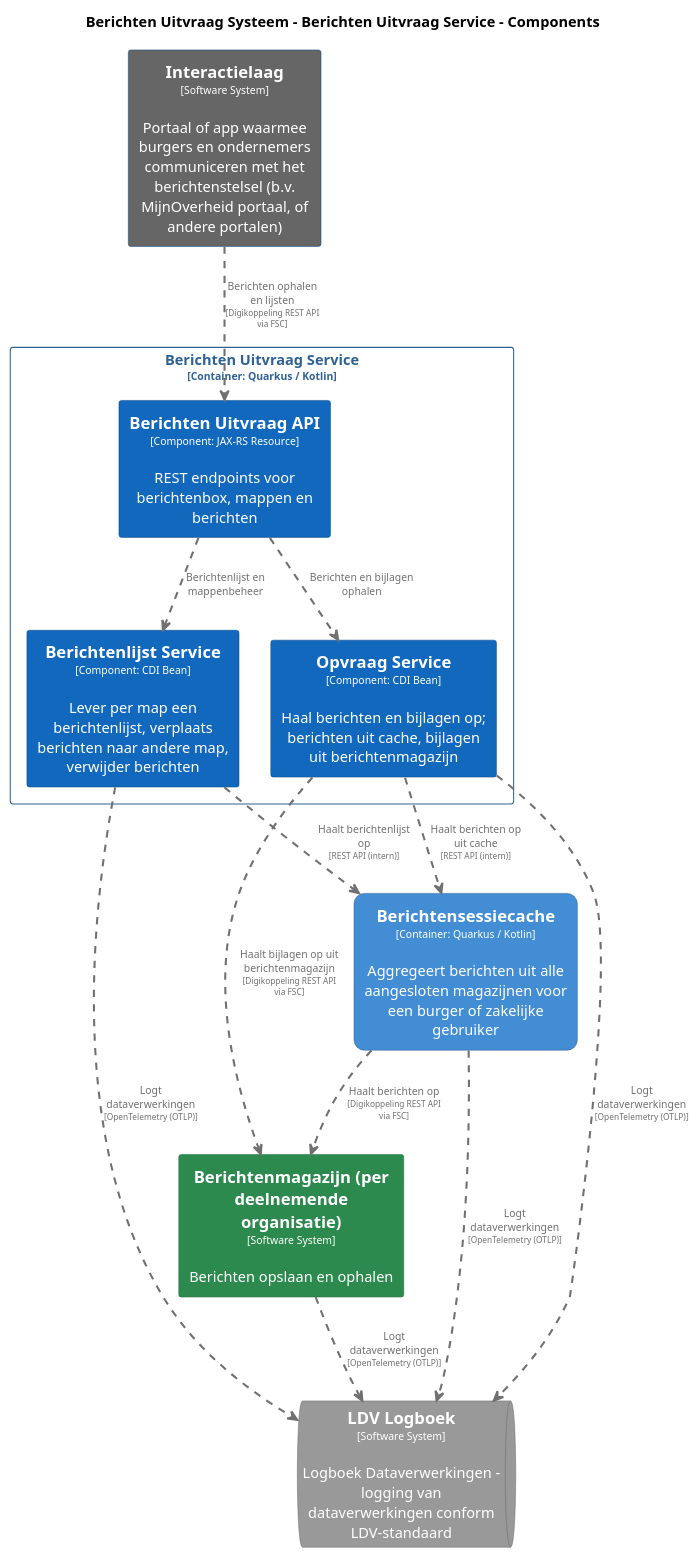
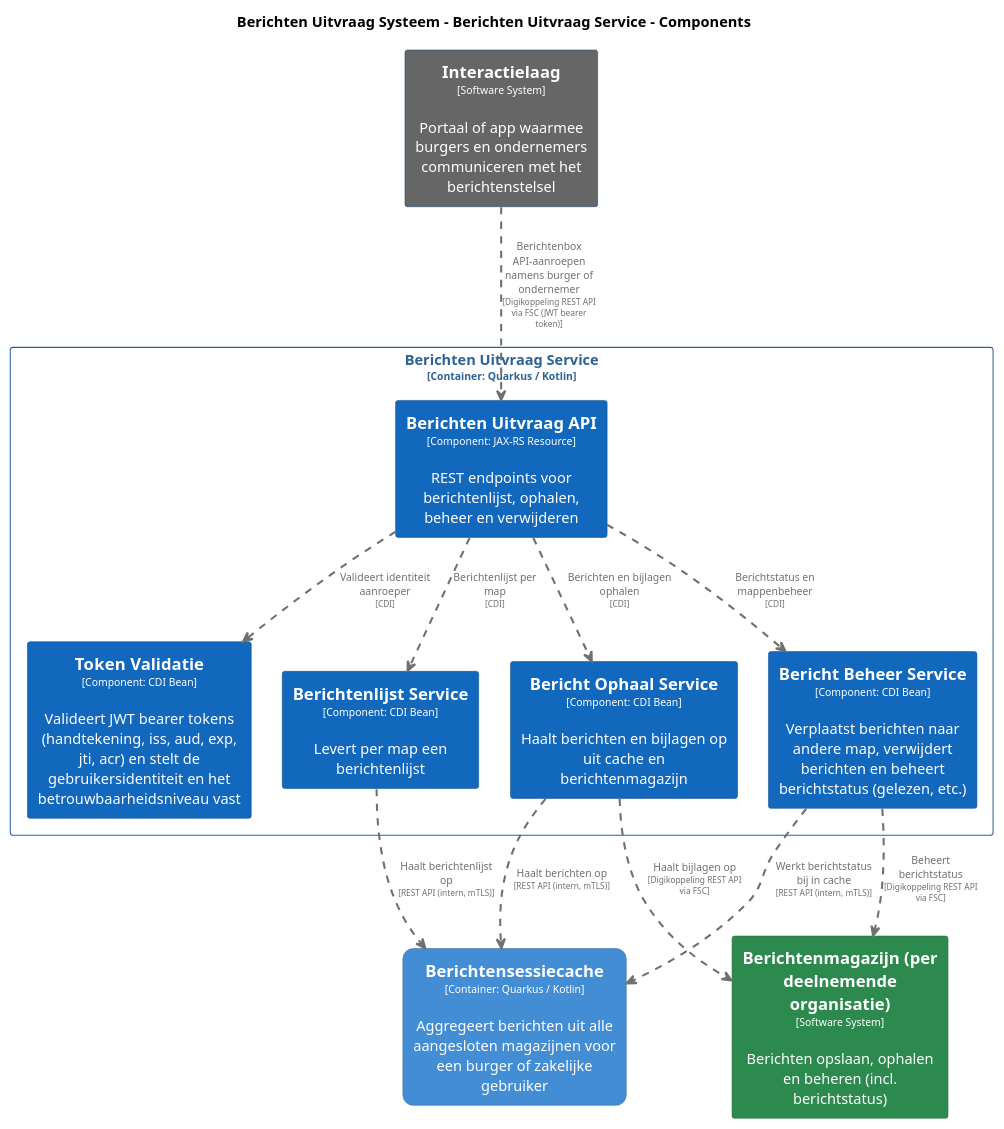
The diagram in master/puml/BerichtenUitvraagServiceComponenten.puml (MinBZK/moza-poc-fbs-berichtenbox), drawn with PlantUML before and after one commit. The commit also changed 91 other files, not shown here.

```diff
--- a/master/puml/BerichtenUitvraagServiceComponenten.puml
+++ b/master/puml/BerichtenUitvraagServiceComponenten.puml
@@ -1,89 +1,95 @@
 @startuml
 set separator none
 title Berichten Uitvraag Systeem - Berichten Uitvraag Service - Components
 
 top to bottom direction
 skinparam ranksep 60
 skinparam nodesep 30
 
 skinparam {
   arrowFontSize 10
   defaultTextAlignment center
   wrapWidth 200
   maxMessageSize 100
 }
 
 hide stereotype
 
+skinparam rectangle<<BerichtenUitvraagSysteem.BerichtenUitvraagService.BerichtBeheerService>> {
+  BackgroundColor #1168bd
+  FontColor #ffffff
+  BorderColor #0b4884
+  shadowing false
+}
+skinparam rectangle<<BerichtenUitvraagSysteem.BerichtenUitvraagService.BerichtOphaalService>> {
+  BackgroundColor #1168bd
+  FontColor #ffffff
+  BorderColor #0b4884
+  shadowing false
+}
 skinparam rectangle<<BerichtenUitvraagSysteem.BerichtenUitvraagService.BerichtenUitvraagAPI>> {
   BackgroundColor #1168bd
   FontColor #ffffff
   BorderColor #0b4884
   shadowing false
 }
 skinparam rectangle<<BerichtenUitvraagSysteem.BerichtenUitvraagService.BerichtenlijstService>> {
   BackgroundColor #1168bd
   FontColor #ffffff
   BorderColor #0b4884
   shadowing false
 }
 skinparam rectangle<<Berichtenmagazijnperdeelnemendeorganisatie>> {
   BackgroundColor #2d8a4e
   FontColor #ffffff
   BorderColor #1e6b38
   shadowing false
 }
 skinparam rectangle<<BerichtenUitvraagSysteem.Berichtensessiecache>> {
   BackgroundColor #438dd5
   FontColor #ffffff
   BorderColor #2e6295
   roundCorner 20
   shadowing false
 }
 skinparam rectangle<<Interactielaag>> {
   BackgroundColor #666666
   FontColor #ffffff
   BorderColor #0b4884
   shadowing false
 }
-skinparam queue<<LDVLogboek>> {
-  BackgroundColor #999999
-  FontColor #ffffff
-  BorderColor #6b6b6b
-  shadowing false
-}
-skinparam rectangle<<BerichtenUitvraagSysteem.BerichtenUitvraagService.OpvraagService>> {
+skinparam rectangle<<BerichtenUitvraagSysteem.BerichtenUitvraagService.TokenValidatie>> {
   BackgroundColor #1168bd
   FontColor #ffffff
   BorderColor #0b4884
   shadowing false
 }
 skinparam rectangle<<BerichtenUitvraagSysteem.BerichtenUitvraagService>> {
   BorderColor #2e6295
   FontColor #2e6295
   shadowing false
 }
 
-rectangle "==Interactielaag\n<size:10>[Software System]</size>\n\nPortaal of app waarmee burgers en ondernemers communiceren met het berichtenstelsel (b.v. MijnOverheid portaal, of andere portalen)" <<Interactielaag>> as Interactielaag
-rectangle "==Berichtenmagazijn (per deelnemende organisatie)\n<size:10>[Software System]</size>\n\nBerichten opslaan en ophalen" <<Berichtenmagazijnperdeelnemendeorganisatie>> as Berichtenmagazijnperdeelnemendeorganisatie
+rectangle "==Interactielaag\n<size:10>[Software System]</size>\n\nPortaal of app waarmee burgers en ondernemers communiceren met het berichtenstelsel" <<Interactielaag>> as Interactielaag
+rectangle "==Berichtenmagazijn (per deelnemende organisatie)\n<size:10>[Software System]</size>\n\nBerichten opslaan, ophalen en beheren (incl. berichtstatus)" <<Berichtenmagazijnperdeelnemendeorganisatie>> as Berichtenmagazijnperdeelnemendeorganisatie
 rectangle "==Berichtensessiecache\n<size:10>[Container: Quarkus / Kotlin]</size>\n\nAggregeert berichten uit alle aangesloten magazijnen voor een burger of zakelijke gebruiker" <<BerichtenUitvraagSysteem.Berichtensessiecache>> as BerichtenUitvraagSysteem.Berichtensessiecache
-queue "==LDV Logboek\n<size:10>[Software System]</size>\n\nLogboek Dataverwerkingen - logging van dataverwerkingen conform LDV-standaard" <<LDVLogboek>> as LDVLogboek
 
 rectangle "Berichten Uitvraag Service\n<size:10>[Container: Quarkus / Kotlin]</size>" <<BerichtenUitvraagSysteem.BerichtenUitvraagService>> {
-  rectangle "==Berichten Uitvraag API\n<size:10>[Component: JAX-RS Resource]</size>\n\nREST endpoints voor berichtenbox, mappen en berichten" <<BerichtenUitvraagSysteem.BerichtenUitvraagService.BerichtenUitvraagAPI>> as BerichtenUitvraagSysteem.BerichtenUitvraagService.BerichtenUitvraagAPI
-  rectangle "==Berichtenlijst Service\n<size:10>[Component: CDI Bean]</size>\n\nLever per map een berichtenlijst, verplaats berichten naar andere map, verwijder berichten" <<BerichtenUitvraagSysteem.BerichtenUitvraagService.BerichtenlijstService>> as BerichtenUitvraagSysteem.BerichtenUitvraagService.BerichtenlijstService
-  rectangle "==Opvraag Service\n<size:10>[Component: CDI Bean]</size>\n\nHaal berichten en bijlagen op; berichten uit cache, bijlagen uit berichtenmagazijn" <<BerichtenUitvraagSysteem.BerichtenUitvraagService.OpvraagService>> as BerichtenUitvraagSysteem.BerichtenUitvraagService.OpvraagService
+  rectangle "==Berichten Uitvraag API\n<size:10>[Component: JAX-RS Resource]</size>\n\nREST endpoints voor berichtenlijst, ophalen, beheer en verwijderen" <<BerichtenUitvraagSysteem.BerichtenUitvraagService.BerichtenUitvraagAPI>> as BerichtenUitvraagSysteem.BerichtenUitvraagService.BerichtenUitvraagAPI
+  rectangle "==Token Validatie\n<size:10>[Component: CDI Bean]</size>\n\nValideert JWT bearer tokens (handtekening, iss, aud, exp, jti, acr) en stelt de gebruikersidentiteit en het betrouwbaarheidsniveau vast" <<BerichtenUitvraagSysteem.BerichtenUitvraagService.TokenValidatie>> as BerichtenUitvraagSysteem.BerichtenUitvraagService.TokenValidatie
+  rectangle "==Berichtenlijst Service\n<size:10>[Component: CDI Bean]</size>\n\nLevert per map een berichtenlijst" <<BerichtenUitvraagSysteem.BerichtenUitvraagService.BerichtenlijstService>> as BerichtenUitvraagSysteem.BerichtenUitvraagService.BerichtenlijstService
+  rectangle "==Bericht Ophaal Service\n<size:10>[Component: CDI Bean]</size>\n\nHaalt berichten en bijlagen op uit cache en berichtenmagazijn" <<BerichtenUitvraagSysteem.BerichtenUitvraagService.BerichtOphaalService>> as BerichtenUitvraagSysteem.BerichtenUitvraagService.BerichtOphaalService
+  rectangle "==Bericht Beheer Service\n<size:10>[Component: CDI Bean]</size>\n\nVerplaatst berichten naar andere map, verwijdert berichten en beheert berichtstatus (gelezen, etc.)" <<BerichtenUitvraagSysteem.BerichtenUitvraagService.BerichtBeheerService>> as BerichtenUitvraagSysteem.BerichtenUitvraagService.BerichtBeheerService
 }
 
-BerichtenUitvraagSysteem.Berichtensessiecache .[#707070,thickness=2].> LDVLogboek : "<color:#707070>Logt dataverwerkingen\n<color:#707070><size:8>[OpenTelemetry (OTLP)]</size>"
-BerichtenUitvraagSysteem.BerichtenUitvraagService.BerichtenlijstService .[#707070,thickness=2].> LDVLogboek : "<color:#707070>Logt dataverwerkingen\n<color:#707070><size:8>[OpenTelemetry (OTLP)]</size>"
-BerichtenUitvraagSysteem.BerichtenUitvraagService.OpvraagService .[#707070,thickness=2].> LDVLogboek : "<color:#707070>Logt dataverwerkingen\n<color:#707070><size:8>[OpenTelemetry (OTLP)]</size>"
-BerichtenUitvraagSysteem.BerichtenUitvraagService.BerichtenUitvraagAPI .[#707070,thickness=2].> BerichtenUitvraagSysteem.BerichtenUitvraagService.BerichtenlijstService : "<color:#707070>Berichtenlijst en mappenbeheer"
-BerichtenUitvraagSysteem.BerichtenUitvraagService.BerichtenUitvraagAPI .[#707070,thickness=2].> BerichtenUitvraagSysteem.BerichtenUitvraagService.OpvraagService : "<color:#707070>Berichten en bijlagen ophalen"
-BerichtenUitvraagSysteem.BerichtenUitvraagService.OpvraagService .[#707070,thickness=2].> BerichtenUitvraagSysteem.Berichtensessiecache : "<color:#707070>Haalt berichten op uit cache\n<color:#707070><size:8>[REST API (intern)]</size>"
-BerichtenUitvraagSysteem.BerichtenUitvraagService.BerichtenlijstService .[#707070,thickness=2].> BerichtenUitvraagSysteem.Berichtensessiecache : "<color:#707070>Haalt berichtenlijst op\n<color:#707070><size:8>[REST API (intern)]</size>"
-Interactielaag .[#707070,thickness=2].> BerichtenUitvraagSysteem.BerichtenUitvraagService.BerichtenUitvraagAPI : "<color:#707070>Berichten ophalen en lijsten\n<color:#707070><size:8>[Digikoppeling REST API via FSC]</size>"
-BerichtenUitvraagSysteem.BerichtenUitvraagService.OpvraagService .[#707070,thickness=2].> Berichtenmagazijnperdeelnemendeorganisatie : "<color:#707070>Haalt bijlagen op uit berichtenmagazijn\n<color:#707070><size:8>[Digikoppeling REST API via FSC]</size>"
-BerichtenUitvraagSysteem.Berichtensessiecache .[#707070,thickness=2].> Berichtenmagazijnperdeelnemendeorganisatie : "<color:#707070>Haalt berichten op\n<color:#707070><size:8>[Digikoppeling REST API via FSC]</size>"
-Berichtenmagazijnperdeelnemendeorganisatie .[#707070,thickness=2].> LDVLogboek : "<color:#707070>Logt dataverwerkingen\n<color:#707070><size:8>[OpenTelemetry (OTLP)]</size>"
+BerichtenUitvraagSysteem.BerichtenUitvraagService.BerichtenUitvraagAPI .[#707070,thickness=2].> BerichtenUitvraagSysteem.BerichtenUitvraagService.TokenValidatie : "<color:#707070>Valideert identiteit aanroeper\n<color:#707070><size:8>[CDI]</size>"
+BerichtenUitvraagSysteem.BerichtenUitvraagService.BerichtenUitvraagAPI .[#707070,thickness=2].> BerichtenUitvraagSysteem.BerichtenUitvraagService.BerichtenlijstService : "<color:#707070>Berichtenlijst per map\n<color:#707070><size:8>[CDI]</size>"
+BerichtenUitvraagSysteem.BerichtenUitvraagService.BerichtenUitvraagAPI .[#707070,thickness=2].> BerichtenUitvraagSysteem.BerichtenUitvraagService.BerichtOphaalService : "<color:#707070>Berichten en bijlagen ophalen\n<color:#707070><size:8>[CDI]</size>"
+BerichtenUitvraagSysteem.BerichtenUitvraagService.BerichtenUitvraagAPI .[#707070,thickness=2].> BerichtenUitvraagSysteem.BerichtenUitvraagService.BerichtBeheerService : "<color:#707070>Berichtstatus en mappenbeheer\n<color:#707070><size:8>[CDI]</size>"
+BerichtenUitvraagSysteem.BerichtenUitvraagService.BerichtOphaalService .[#707070,thickness=2].> BerichtenUitvraagSysteem.Berichtensessiecache : "<color:#707070>Haalt berichten op\n<color:#707070><size:8>[REST API (intern, mTLS)]</size>"
+BerichtenUitvraagSysteem.BerichtenUitvraagService.BerichtenlijstService .[#707070,thickness=2].> BerichtenUitvraagSysteem.Berichtensessiecache : "<color:#707070>Haalt berichtenlijst op\n<color:#707070><size:8>[REST API (intern, mTLS)]</size>"
+BerichtenUitvraagSysteem.BerichtenUitvraagService.BerichtBeheerService .[#707070,thickness=2].> BerichtenUitvraagSysteem.Berichtensessiecache : "<color:#707070>Werkt berichtstatus bij in cache\n<color:#707070><size:8>[REST API (intern, mTLS)]</size>"
+Interactielaag .[#707070,thickness=2].> BerichtenUitvraagSysteem.BerichtenUitvraagService.BerichtenUitvraagAPI : "<color:#707070>Berichtenbox API-aanroepen namens burger of ondernemer\n<color:#707070><size:8>[Digikoppeling REST API via FSC (JWT bearer token)]</size>"
+BerichtenUitvraagSysteem.BerichtenUitvraagService.BerichtOphaalService .[#707070,thickness=2].> Berichtenmagazijnperdeelnemendeorganisatie : "<color:#707070>Haalt bijlagen op\n<color:#707070><size:8>[Digikoppeling REST API via FSC]</size>"
+BerichtenUitvraagSysteem.BerichtenUitvraagService.BerichtBeheerService .[#707070,thickness=2].> Berichtenmagazijnperdeelnemendeorganisatie : "<color:#707070>Beheert berichtstatus\n<color:#707070><size:8>[Digikoppeling REST API via FSC]</size>"
 @enduml
```
